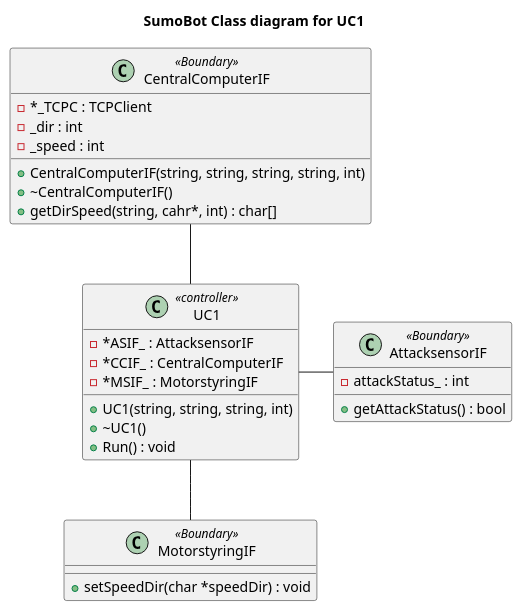
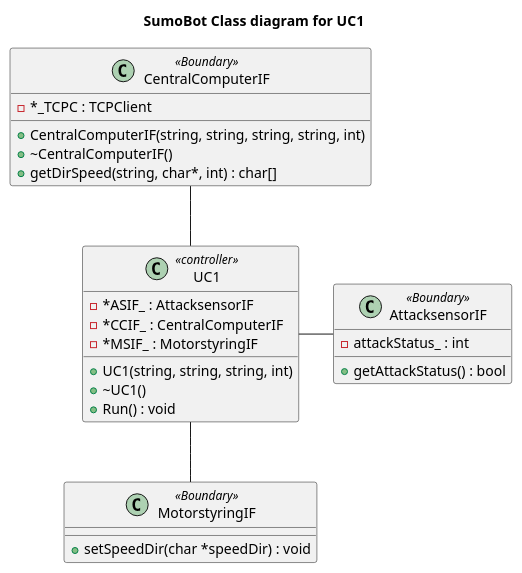
The diagram in Diagrammer/SumoBot/Classdiagram/SumoBot_ClassDiagram/SumoBot_ClassDiagram.plantuml (Solvgraa-mager/E3PRJ3), drawn with PlantUML before and after one commit. The commit also changed 10 other files, not shown here.

```diff
--- a/Diagrammer/SumoBot/Classdiagram/SumoBot_ClassDiagram/SumoBot_ClassDiagram.plantuml
+++ b/Diagrammer/SumoBot/Classdiagram/SumoBot_ClassDiagram/SumoBot_ClassDiagram.plantuml
@@ -1,35 +1,33 @@
 @startuml
 title SumoBot Class diagram for UC1
 
 
 class UC1 <<controller>>{
     -*ASIF_ : AttacksensorIF
     -*CCIF_ : CentralComputerIF
     -*MSIF_ : MotorstyringIF
     +UC1(string, string, string, int)
     +~UC1()
     +Run() : void
 }
 
 class AttacksensorIF<<Boundary>>{
     -attackStatus_ : int
     +getAttackStatus() : bool 
 }
 
 class MotorstyringIF <<Boundary>>{
     +setSpeedDir(char *speedDir) : void
 }
 class CentralComputerIF <<Boundary>>{
     -*_TCPC : TCPClient
-    -_dir : int
-    -_speed : int
     +CentralComputerIF(string, string, string, string, int)
     +~CentralComputerIF()
-    +getDirSpeed(string, cahr*, int) : char[]
+    +getDirSpeed(string, char*, int) : char[]
 }
 
 CentralComputerIF -- UC1
 UC1 -- MotorstyringIF
 UC1 - AttacksensorIF
 
 @enduml
```
